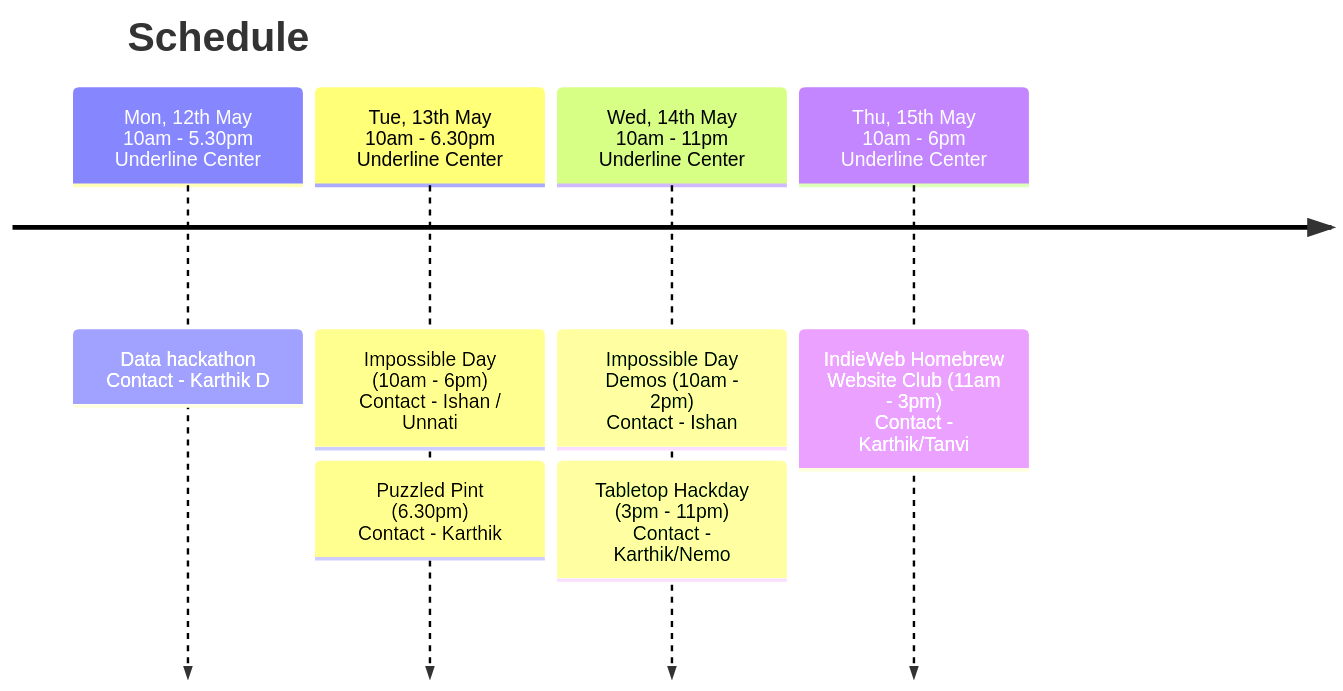
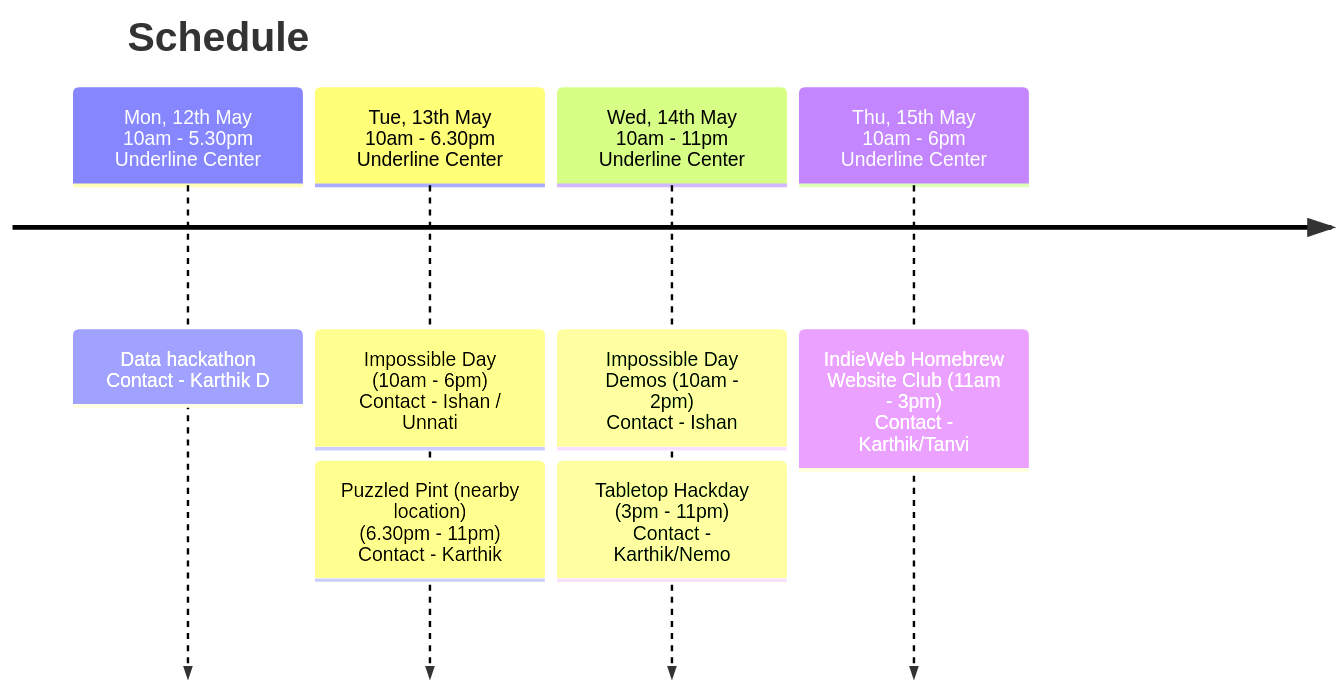
The diagram in README.md (karthikb351/recurse-ngw-2025), drawn with Mermaid before and after one commit.

````diff
--- a/README.md
+++ b/README.md
@@ -5,10 +5,10 @@
 ```mermaid
 timeline
     title Schedule
     Mon, 12th May <br> 10am - 5.30pm <br> Underline Center :  Data hackathon <br><br> Contact - Karthik D
     Tue, 13th May <br> 10am - 6.30pm <br> Underline Center : Impossible Day (10am - 6pm) <br><br> Contact - Ishan / Unnati
-        : Puzzled Pint <br> (6.30pm) <br><br> Contact - Karthik
+        : Puzzled Pint (nearby location) <br> (6.30pm - 11pm) <br><br> Contact - Karthik
     Wed, 14th May <br> 10am - 11pm <br> Underline Center  : Impossible Day Demos (10am - 2pm) <br><br> Contact - Ishan
         : Tabletop Hackday (3pm - 11pm) <br><br> Contact - Karthik/Nemo
     Thu, 15th May <br> 10am - 6pm <br> Underline Center  : IndieWeb Homebrew Website Club (11am - 3pm) <br><br> Contact - Karthik/Tanvi
 ```
````
